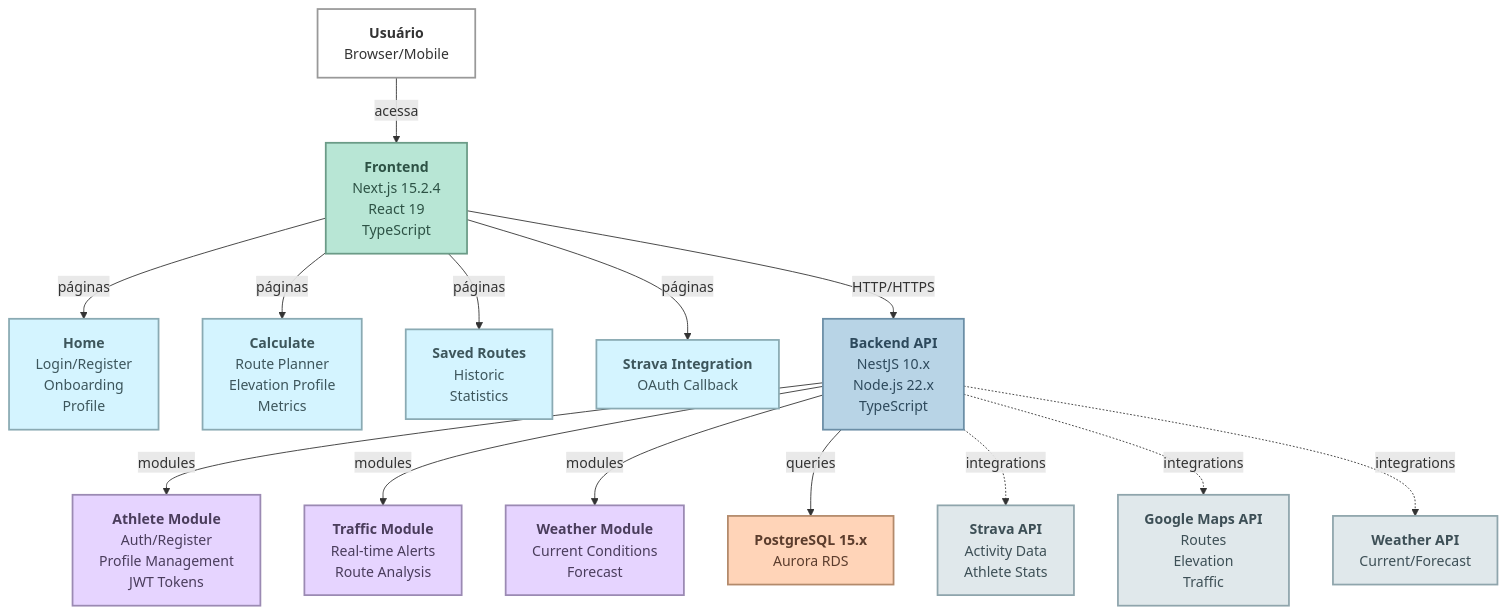
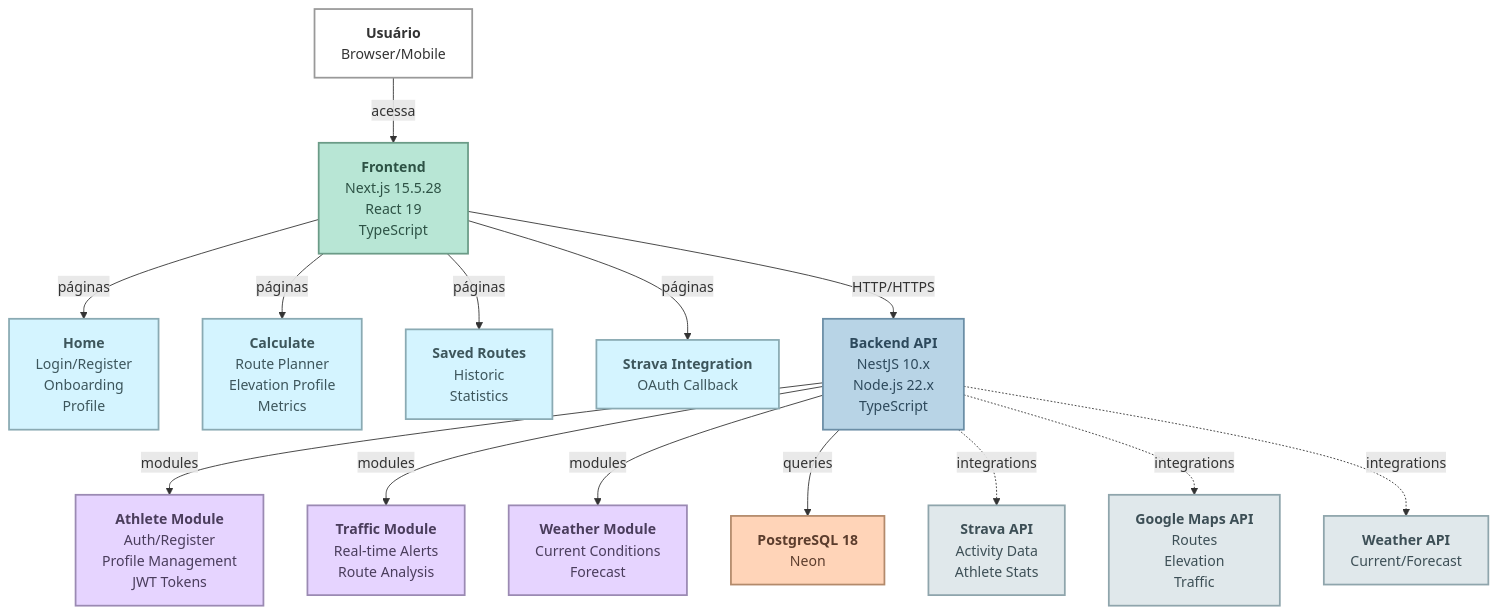
One commit to htamagnus/api-velox changed the diagram in README.md. Above: the diagram before and after it, drawn with Mermaid. The commit also changed other lines of this file and 5 other files, not shown here.

````diff
--- a/README.md
+++ b/README.md
@@ -47,56 +47,56 @@
 ```mermaid
 graph TB
   %% frontend
   USER[<b>Usuário</b><br/>Browser/Mobile]
-  FRONT[<b>Frontend</b><br/>Next.js 15.2.4<br/>React 19<br/>TypeScript]
+  FRONT[<b>Frontend</b><br/>Next.js 15.5.28<br/>React 19<br/>TypeScript]
   
   %% pages
   FRONT -->|páginas| HOME["<b>Home</b><br/>Login/Register<br/>Onboarding<br/>Profile"]
   FRONT -->|páginas| CALC["<b>Calculate</b><br/>Route Planner<br/>Elevation Profile<br/>Metrics"]
   FRONT -->|páginas| SAVED["<b>Saved Routes</b><br/>Historic<br/>Statistics"]
   FRONT -->|páginas| STRAVA["<b>Strava Integration</b><br/>OAuth Callback"]
   
   %% backend
   BACK[<b>Backend API</b><br/>NestJS 10.x<br/>Node.js 22.x<br/>TypeScript]
   
   %% backend modules
   BACK -->|modules| ATHLETE["<b>Athlete Module</b><br/>Auth/Register<br/>Profile Management<br/>JWT Tokens"]
   BACK -->|modules| TRAFFIC["<b>Traffic Module</b><br/>Real-time Alerts<br/>Route Analysis"]
   BACK -->|modules| WEATHER["<b>Weather Module</b><br/>Current Conditions<br/>Forecast"]
   
   %% database
-  DB[<b>PostgreSQL 15.x</b><br/>Aurora RDS]
+  DB[<b>PostgreSQL 18</b><br/>Neon]
   BACK -->|queries| DB
   
   %% external services
   STRAVA_API["<b>Strava API</b><br/>Activity Data<br/>Athlete Stats"]
   GMAPS["<b>Google Maps API</b><br/>Routes<br/>Elevation<br/>Traffic"]
   WEATHER_API["<b>Weather API</b><br/>Current/Forecast"]
   
   BACK -.->|integrations| STRAVA_API
   BACK -.->|integrations| GMAPS
   BACK -.->|integrations| WEATHER_API
   
   %% frontend to backend
   FRONT -->|HTTP/HTTPS| BACK
   
   %% user interactions
   USER -->|acessa| FRONT
   
   %% styling
   classDef frontend fill:#B8E6D5,stroke:#6B9B87,stroke-width:2px,color:#2D5245
   classDef backend fill:#B8D4E6,stroke:#6B8EA6,stroke-width:2px,color:#2D495C
   classDef database fill:#FFD4B8,stroke:#B38A6B,stroke-width:2px,color:#5C3D2D
   classDef external fill:#E0E8EB,stroke:#8FA5AC,stroke-width:2px,color:#3D4F56
   classDef user fill:#FFF,stroke:#999,stroke-width:2px,color:#333
   classDef pages fill:#D4F4FF,stroke:#8AAAB3,stroke-width:2px,color:#3D565C
   classDef modules fill:#E6D4FF,stroke:#9B8AB3,stroke-width:2px,color:#4A3D5C
   
   class FRONT frontend
   class BACK backend
   class DB database
   class STRAVA_API,GMAPS,WEATHER_API external
   class USER user
   class HOME,CALC,SAVED,STRAVA pages
   class ATHLETE,TRAFFIC,WEATHER modules
 ```
````
